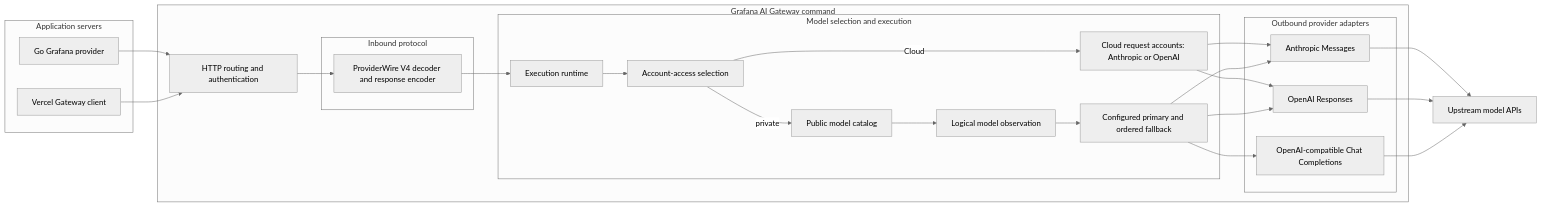
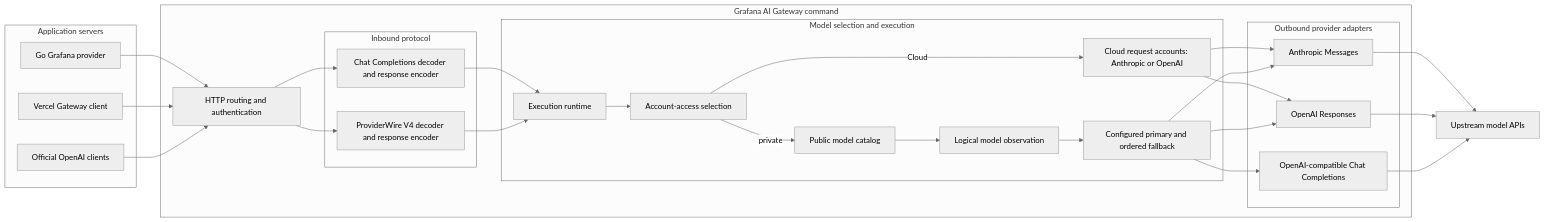
One commit to grafana/ai-sdk changed the first of 3 diagrams in docs/concepts/gateway-architecture.md. Above: the diagram before and after it, drawn with Mermaid (neutral theme). The commit also changed other lines of this file and 32 other files, not shown here.

Commit message:
feat(ai-gateway): register Chat route and verify official SDKs

````diff
--- a/docs/concepts/gateway-architecture.md
+++ b/docs/concepts/gateway-architecture.md
@@ -29,38 +31,42 @@
 ```mermaid
 flowchart LR
   subgraph clients[Application servers]
     go[Go Grafana provider]
     ts[Vercel Gateway client]
+    chatclient[Official OpenAI clients]
   end
   subgraph gateway[Grafana AI Gateway command]
     host[HTTP routing and authentication]
     subgraph ingress[Inbound protocol]
       pw[ProviderWire V4 decoder and response encoder]
+      chat[Chat Completions decoder and response encoder]
     end
     subgraph shared[Model selection and execution]
       runtime[Execution runtime]
       select[Account-access selection]
       catalog[Public model catalog]
       byok[Cloud request accounts: Anthropic or OpenAI]
       logical[Logical model observation]
       routing[Configured primary and ordered fallback]
     end
     subgraph outbound[Outbound provider adapters]
       anthropic[Anthropic Messages]
       openai[OpenAI Responses]
       compatible[OpenAI-compatible Chat Completions]
     end
   end
   apis[Upstream model APIs]
   go --> host
   ts --> host
+  chatclient --> host
   host --> pw
+  host --> chat --> runtime
   pw --> runtime --> select
   select -->|private| catalog --> logical --> routing
   select -->|Cloud| byok
   byok --> anthropic
   byok --> openai
   routing --> anthropic --> apis
   routing --> openai --> apis
   routing --> compatible --> apis
 ```
````
